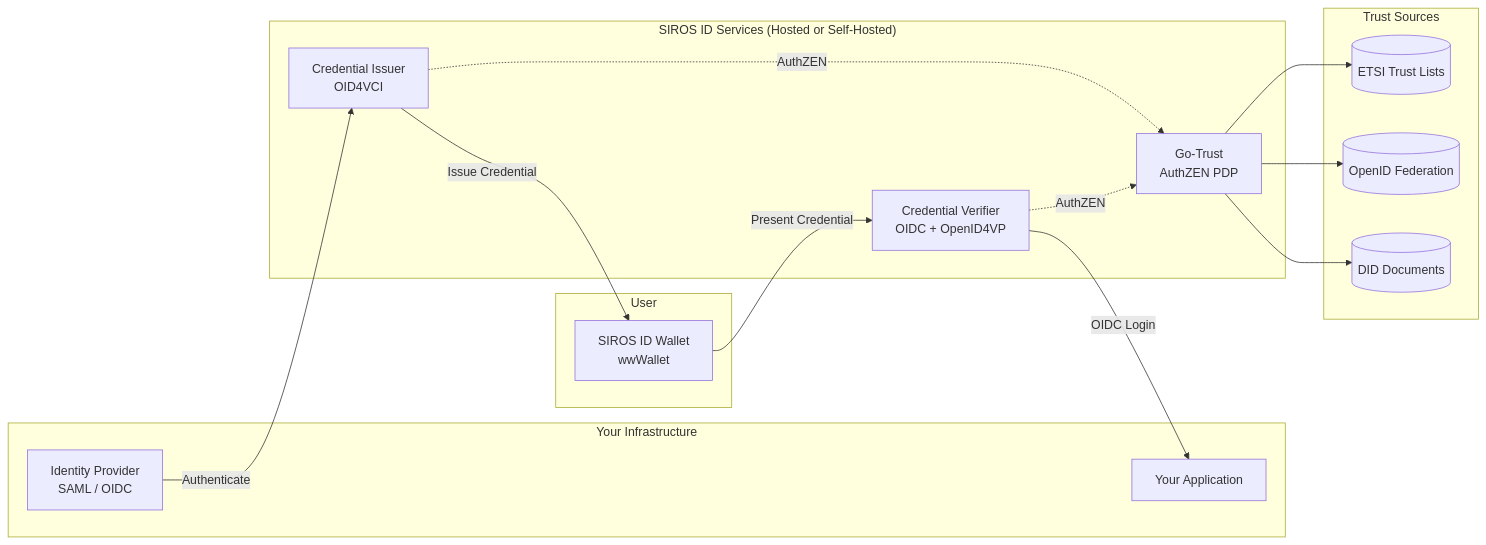
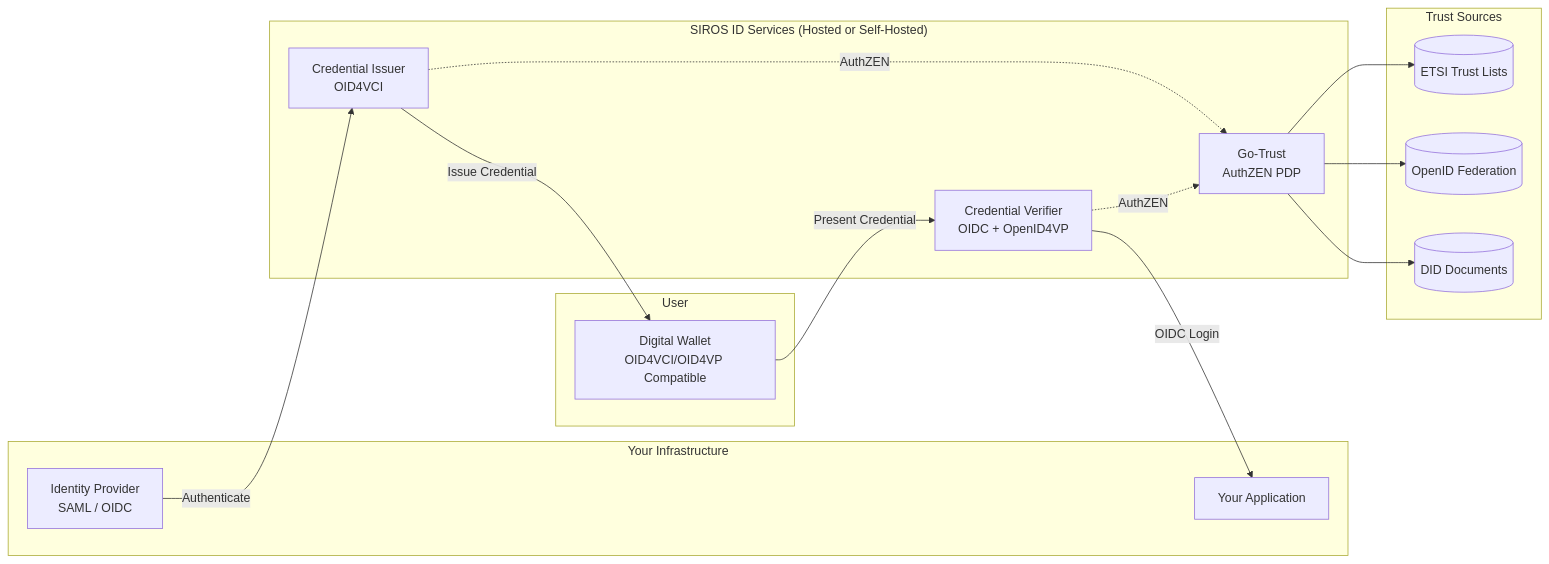
The diagram in docs/sirosid/overview.md (sirosfoundation/docs), drawn with Mermaid before and after one commit. The commit also changed other lines of this file and 32 other files, not shown here.

````diff
--- a/docs/sirosid/overview.md
+++ b/docs/sirosid/overview.md
@@ -10,33 +24,33 @@
 ```mermaid
 flowchart LR
     subgraph Your Infrastructure
         IdP[Identity Provider<br/>SAML / OIDC]
         App[Your Application]
     end
 
     subgraph "SIROS ID Services (Hosted or Self-Hosted)"
         Issuer[Credential Issuer<br/>OID4VCI]
         Verifier[Credential Verifier<br/>OIDC + OpenID4VP]
         GoTrust[Go-Trust<br/>AuthZEN PDP]
     end
 
     subgraph Trust Sources
         TSL[(ETSI Trust Lists)]
         OIDF[(OpenID Federation)]
         DID[(DID Documents)]
     end
 
     subgraph User
-        Wallet[SIROS ID Wallet<br/>wwWallet]
+        Wallet[Digital Wallet<br/>OID4VCI/OID4VP Compatible]
     end
 
     IdP -->|Authenticate| Issuer
     Issuer -->|Issue Credential| Wallet
     Wallet -->|Present Credential| Verifier
     Verifier -->|OIDC Login| App
     Issuer -.->|AuthZEN| GoTrust
     Verifier -.->|AuthZEN| GoTrust
     GoTrust --> TSL
     GoTrust --> OIDF
     GoTrust --> DID
 ```
````
